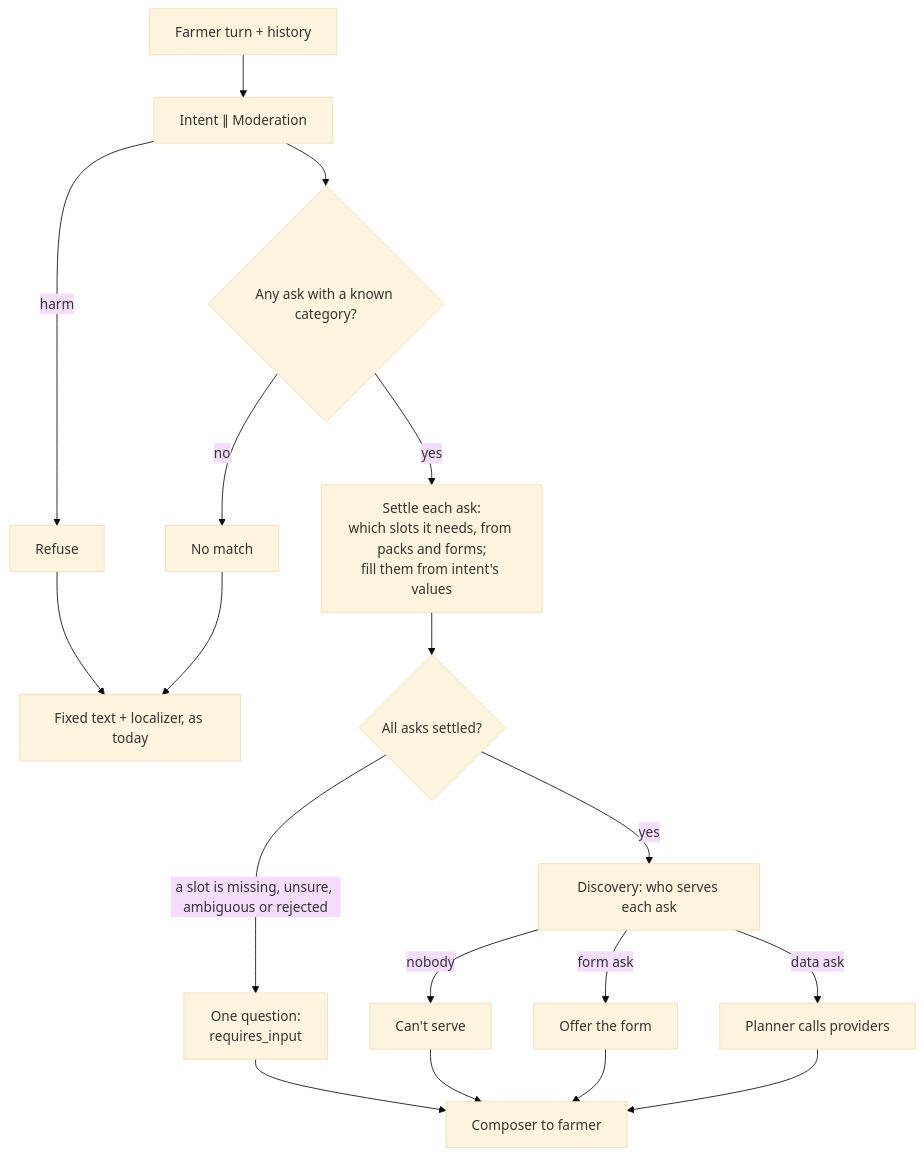
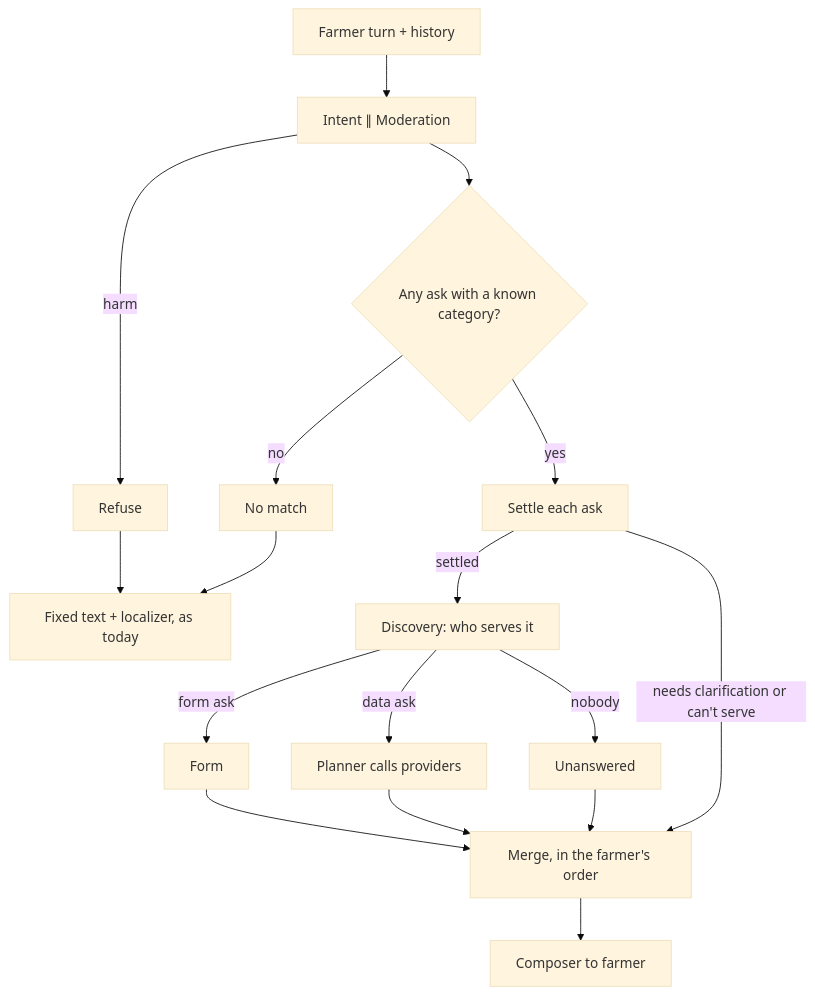
The diagram in docs/.agent/specs/243-guided-grievance.md (OpenAgriNet/decision-support-system), drawn with Mermaid (base theme) before and after one commit.

Commit message:
docs: branch the flow per ask in the spec [#243]

````diff
--- a/docs/.agent/specs/243-guided-grievance.md
+++ b/docs/.agent/specs/243-guided-grievance.md
@@ -33,16 +33,16 @@
 ```mermaid
 flowchart TD
   A[Farmer turn + history] --> B[Intent ∥ Moderation]
   B -->|harm| R[Refuse]
   B --> C{Any ask with a known category?}
   C -->|no| N[No match]
-  C -->|yes| S[Settle each ask:<br/>which slots it needs, from packs and forms;<br/>fill them from intent's values]
-  S --> F{All asks settled?}
-  F -->|a slot is missing, unsure, ambiguous or rejected| Q[One question:<br/>requires_input]
-  F -->|yes| D[Discovery: who serves each ask]
-  D -->|nobody| U[Can't serve]
-  D -->|form ask| H[Offer the form]
+  C -->|yes| S[Settle each ask]
+  S -->|settled| D[Discovery: who serves it]
+  S -->|needs clarification or can't serve| M[Merge, in the farmer's order]
+  D -->|form ask| H[Form]
   D -->|data ask| P[Planner calls providers]
+  D -->|nobody| U[Unanswered]
+  H & P & U --> M
   R & N --> Z1[Fixed text + localizer, as today]
-  Q & U & H & P --> Z[Composer to farmer]
+  M --> Z[Composer to farmer]
 ```
````
